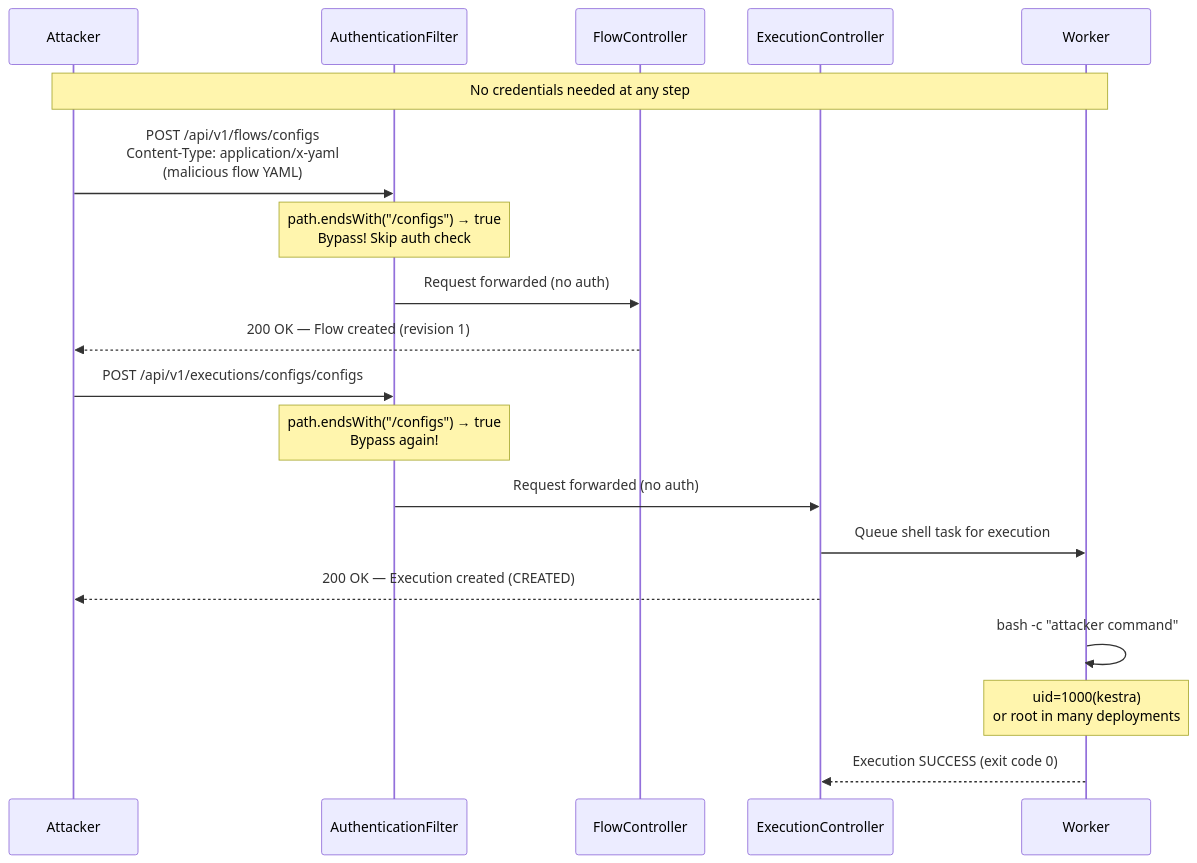
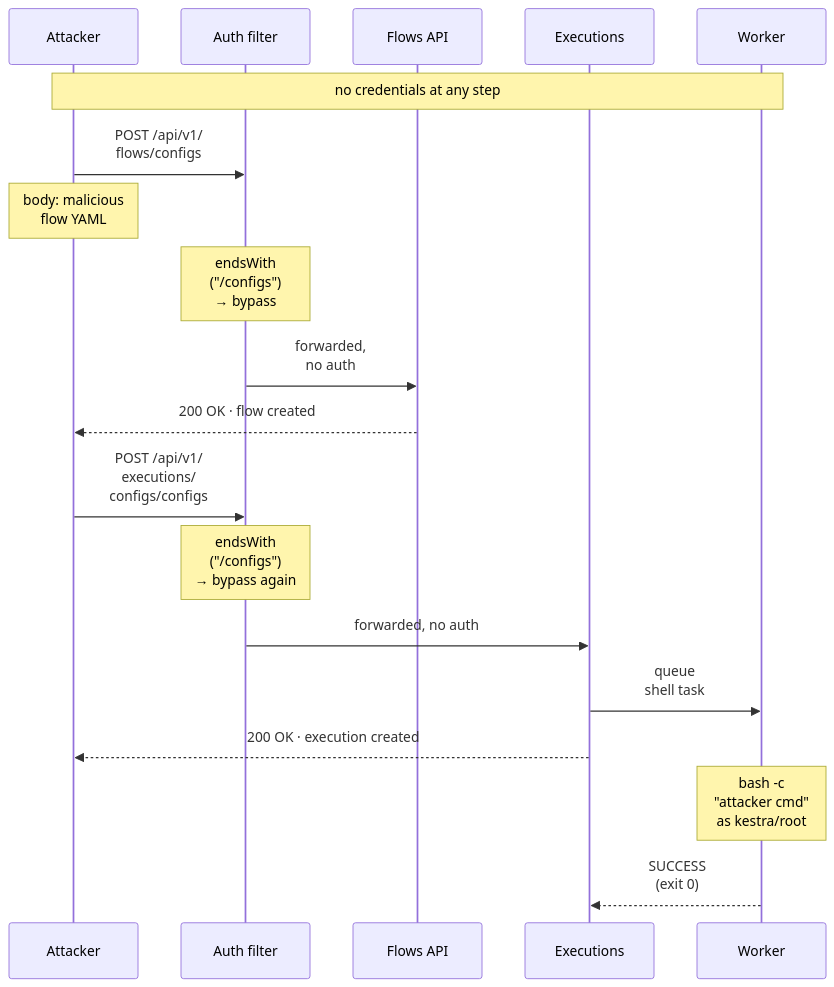
The second of 4 diagrams in src/content/blog/kestra-cve-2026-49869-auth-bypass-rce.md (nithissh7/nithissh7.github.io), drawn with Mermaid before and after one commit. The commit also changed other lines of this file and 6 other files, not shown here.

First line of the commit message:
Compact diagrams that fit inside the reading column

````diff
--- a/src/content/blog/kestra-cve-2026-49869-auth-bypass-rce.md
+++ b/src/content/blog/kestra-cve-2026-49869-auth-bypass-rce.md
@@ -394,26 +394,25 @@
 ```mermaid
 sequenceDiagram
     participant A as Attacker
-    participant F as AuthenticationFilter
-    participant C as FlowController
-    participant E as ExecutionController
+    participant F as Auth filter
+    participant C as Flows API
+    participant E as Executions
     participant W as Worker
 
-    Note over A,W: No credentials needed at any step
+    Note over A,W: no credentials at any step
 
-    A->>F: POST /api/v1/flows/configs<br/>Content-Type: application/x-yaml<br/>(malicious flow YAML)
-    Note over F: path.endsWith("/configs") → true<br/>Bypass! Skip auth check
-    F->>C: Request forwarded (no auth)
-    C-->>A: 200 OK — Flow created (revision 1)
+    A->>F: POST /api/v1/<br/>flows/configs
+    Note over A: body: malicious<br/>flow YAML
+    Note over F: endsWith<br/>("/configs")<br/>→ bypass
+    F->>C: forwarded,<br/>no auth
+    C-->>A: 200 OK · flow created
 
-    A->>F: POST /api/v1/executions/configs/configs
-    Note over F: path.endsWith("/configs") → true<br/>Bypass again!
-    F->>E: Request forwarded (no auth)
-    E->>W: Queue shell task for execution
-    E-->>A: 200 OK — Execution created (CREATED)
+    A->>F: POST /api/v1/<br/>executions/<br/>configs/configs
+    Note over F: endsWith<br/>("/configs")<br/>→ bypass again
+    F->>E: forwarded, no auth
+    E->>W: queue<br/>shell task
+    E-->>A: 200 OK · execution created
 
-    W->>W: bash -c "attacker command"
-    Note over W: uid=1000(kestra)<br/>or root in many deployments
-
-    W-->>E: Execution SUCCESS (exit code 0)
+    Note over W: bash -c<br/>"attacker cmd"<br/>as kestra/root
+    W-->>E: SUCCESS<br/>(exit 0)
 ```
````
